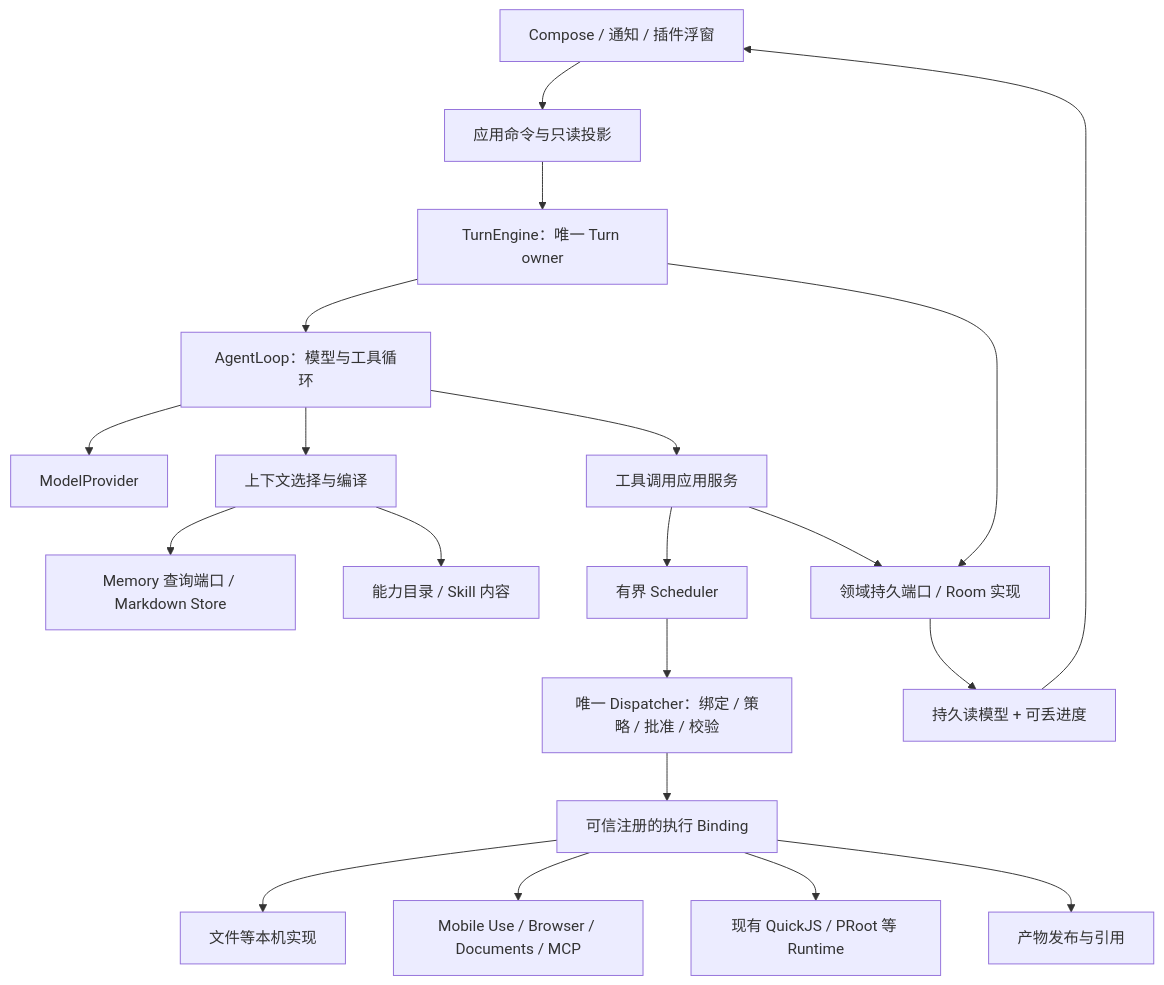
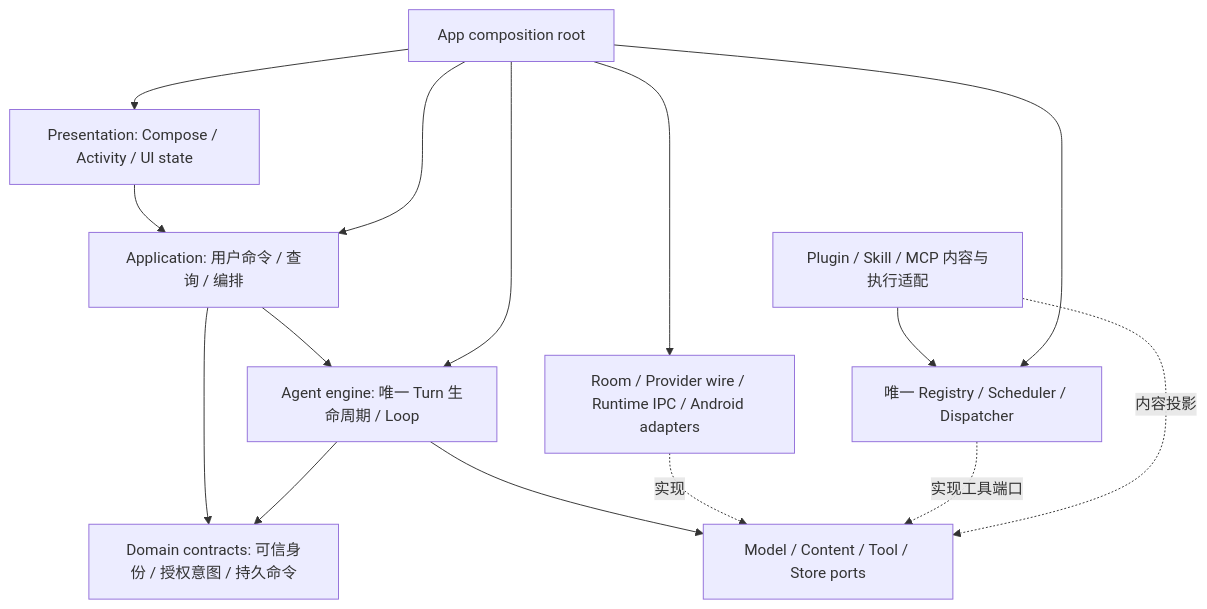
The second of 2 diagrams in docs/architecture/harness-refactor-plan.md (dollarser/helix-agent), drawn with Mermaid before and after one commit. The commit also changed other lines of this file and 23 other files, not shown here.

Commit message:
docs(architecture): reconcile target layers and staged refactor contracts

````diff
--- a/docs/architecture/harness-refactor-plan.md
+++ b/docs/architecture/harness-refactor-plan.md
@@ -1210,22 +1179,17 @@
 ```mermaid
 flowchart TD
-  UI[Compose / 通知 / 插件浮窗] --> App[应用命令与只读投影]
-  App --> Engine[TurnEngine：唯一 Turn owner]
-  Engine --> Loop[AgentLoop：模型与工具循环]
-  Engine --> Store[领域持久端口 / Room 实现]
-  Loop --> Model[ModelProvider]
-  Loop --> Context[上下文选择与编译]
-  Context --> Memory[Memory 查询端口 / Markdown Store]
-  Context --> Catalog[能力目录 / Skill 内容]
-  Loop --> Gateway[工具调用应用服务]
-  Gateway --> Scheduler[有界 Scheduler]
-  Scheduler --> Dispatcher[唯一 Dispatcher：绑定 / 策略 / 批准 / 校验]
-  Dispatcher --> Backend[可信注册的执行 Binding]
-  Backend --> Local[文件等本机实现]
-  Backend --> Plugins[Mobile Use / Browser / Documents / MCP]
-  Backend --> Runtime[现有 QuickJS / PRoot 等 Runtime]
-  Gateway --> Store
-  Backend --> Artifacts[产物发布与引用]
-  Store --> Projection[持久读模型 + 可丢进度]
-  Projection --> UI
+    UI[Presentation: Compose / Activity / UI state] --> APP[Application: 用户命令 / 查询 / 编排]
+    APP --> ENGINE[Agent engine: 唯一 Turn 生命周期 / Loop]
+    APP --> DOMAIN[Domain contracts: 可信身份 / 授权意图 / 持久命令]
+    ENGINE --> DOMAIN
+    ENGINE --> PORTS[Model / Content / Tool / Store ports]
+    INFRA[Room / Provider wire / Runtime IPC / Android adapters] -.实现.-> PORTS
+    TOOLS[唯一 Registry / Scheduler / Dispatcher] -.实现工具端口.-> PORTS
+    EXT[Plugin / Skill / MCP 内容与执行适配] --> TOOLS
+    EXT -.内容投影.-> PORTS
+    COMPOSE[App composition root] --> UI
+    COMPOSE --> APP
+    COMPOSE --> ENGINE
+    COMPOSE --> INFRA
+    COMPOSE --> TOOLS
 ```
````
